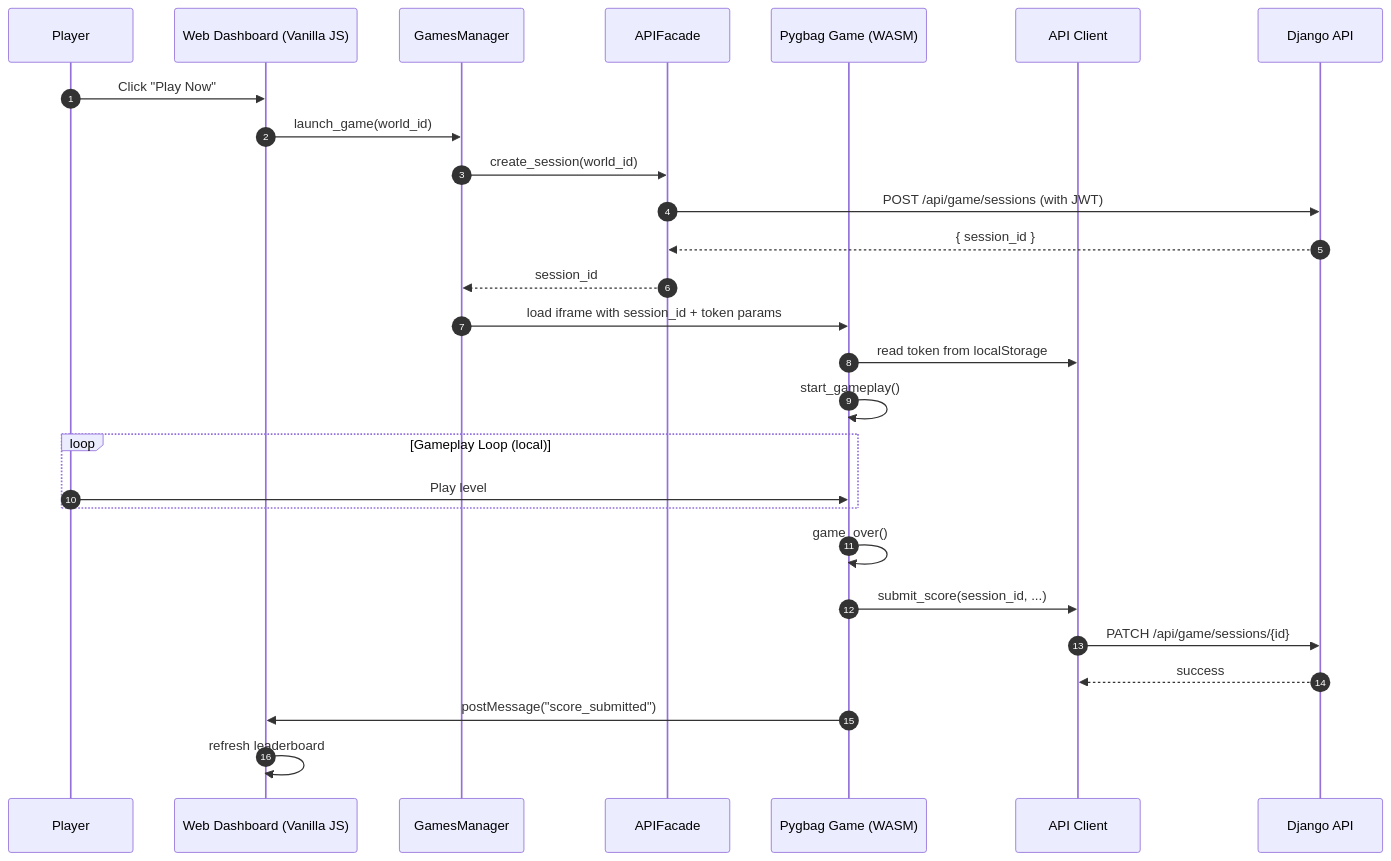
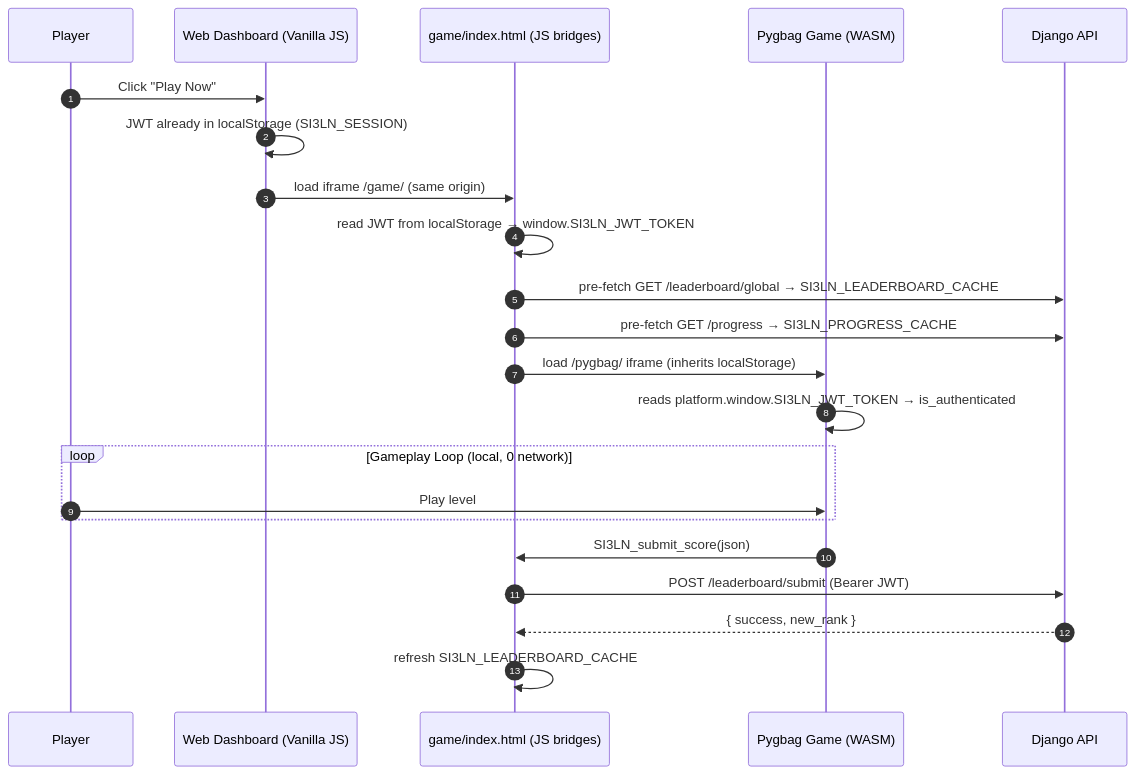
One commit to hugou74130/SI3LN_Python changed the seventh of 9 diagrams in STAGE3.md. Above: the diagram before and after it, drawn with Mermaid. The commit also changed other lines of this file, not shown here.

Commit message:
feat: update technical documentation for ARCAD3X game client, including API endpoints and score submission process

````diff
--- a/STAGE3.md
+++ b/STAGE3.md
@@ -835,32 +885,27 @@
 ```mermaid
 sequenceDiagram
     autonumber
     participant Player as Player
     participant Dashboard as Web Dashboard (Vanilla JS)
-    participant GamesManager as GamesManager
-    participant APIFacade as APIFacade
+    participant Wrapper as game/index.html (JS bridges)
     participant GameClient as Pygbag Game (WASM)
-    participant APIClient as API Client
     participant DjangoAPI as Django API
 
     Player->>Dashboard: Click "Play Now"
-    Dashboard->>GamesManager: launch_game(world_id)
-    GamesManager->>APIFacade: create_session(world_id)
-    APIFacade->>DjangoAPI: POST /api/game/sessions (with JWT)
-    DjangoAPI-->>APIFacade: { session_id }
-    APIFacade-->>GamesManager: session_id
-    GamesManager->>GameClient: load iframe with session_id + token params
-    GameClient->>APIClient: read token from localStorage
-    GameClient->>GameClient: start_gameplay()
+    Dashboard->>Dashboard: JWT already in localStorage (SI3LN_SESSION)
+    Dashboard->>Wrapper: load iframe /game/ (same origin)
+    Wrapper->>Wrapper: read JWT from localStorage → window.SI3LN_JWT_TOKEN
+    Wrapper->>DjangoAPI: pre-fetch GET /leaderboard/global → SI3LN_LEADERBOARD_CACHE
+    Wrapper->>DjangoAPI: pre-fetch GET /progress → SI3LN_PROGRESS_CACHE
+    Wrapper->>GameClient: load /pygbag/ iframe (inherits localStorage)
+    GameClient->>GameClient: reads platform.window.SI3LN_JWT_TOKEN → is_authenticated
 
-    loop Gameplay Loop (local)
+    loop Gameplay Loop (local, 0 network)
         Player->>GameClient: Play level
     end
 
-    GameClient->>GameClient: game_over()
-    GameClient->>APIClient: submit_score(session_id, ...)
-    APIClient->>DjangoAPI: PATCH /api/game/sessions/{id}
-    DjangoAPI-->>APIClient: success
-    GameClient->>Dashboard: postMessage("score_submitted")
-    Dashboard->>Dashboard: refresh leaderboard
+    GameClient->>Wrapper: SI3LN_submit_score(json)
+    Wrapper->>DjangoAPI: POST /leaderboard/submit (Bearer JWT)
+    DjangoAPI-->>Wrapper: { success, new_rank }
+    Wrapper->>Wrapper: refresh SI3LN_LEADERBOARD_CACHE
 ```
````
